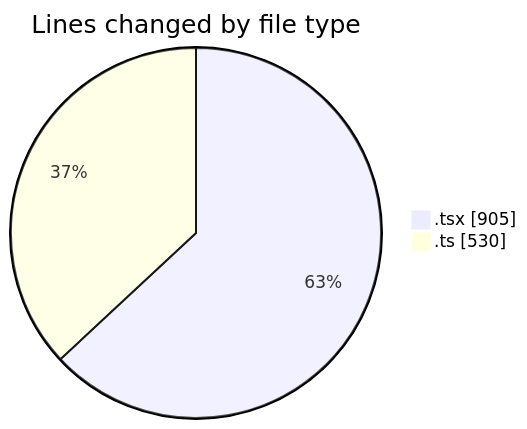
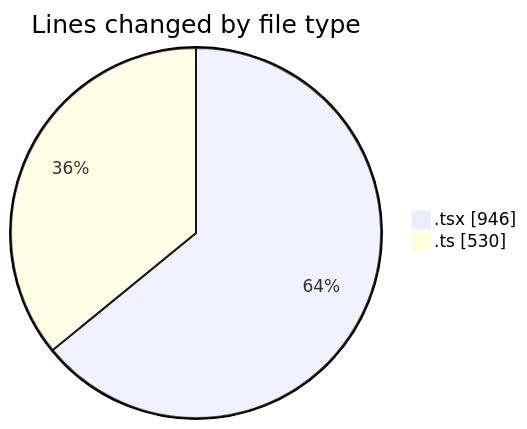
The first of 2 diagrams in 2025-07-11/cda/README.md (momahboobian/code-tracking), drawn with Mermaid before and after one commit. The commit also changed other lines of this file and 1 other file, not shown here.

````diff
--- a/2025-07-11/cda/README.md
+++ b/2025-07-11/cda/README.md
@@ -24,6 +24,6 @@
 ```mermaid
 pie showData
 title Lines changed by file type
-".tsx" : 905
+".tsx" : 946
 ".ts" : 530
 ```
````
